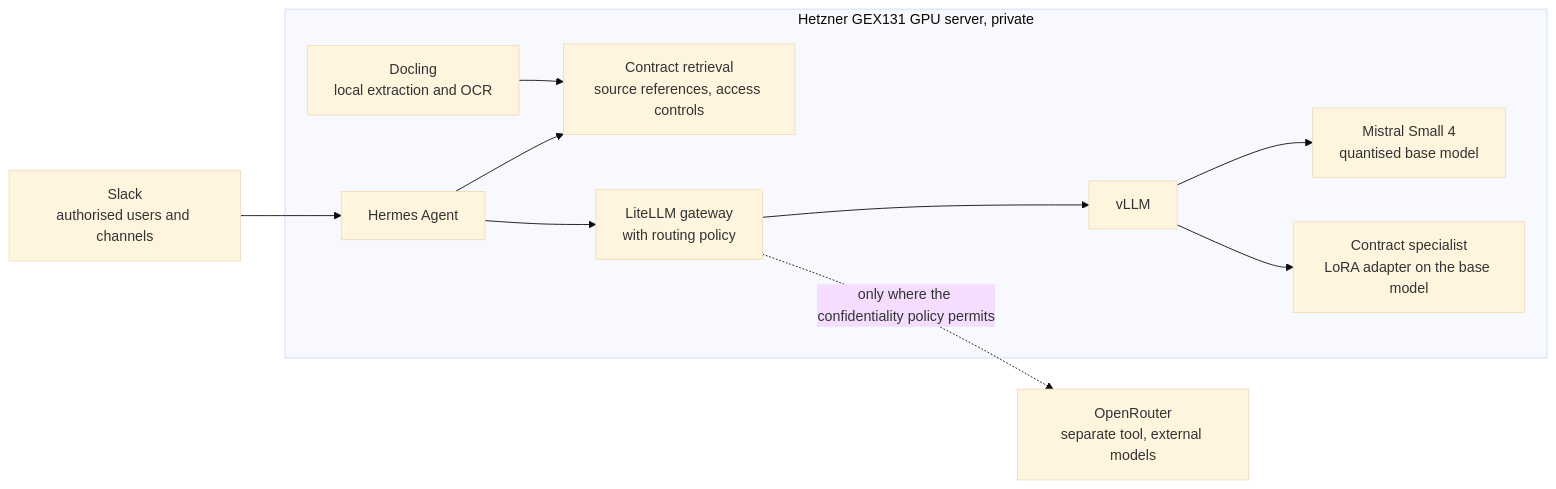
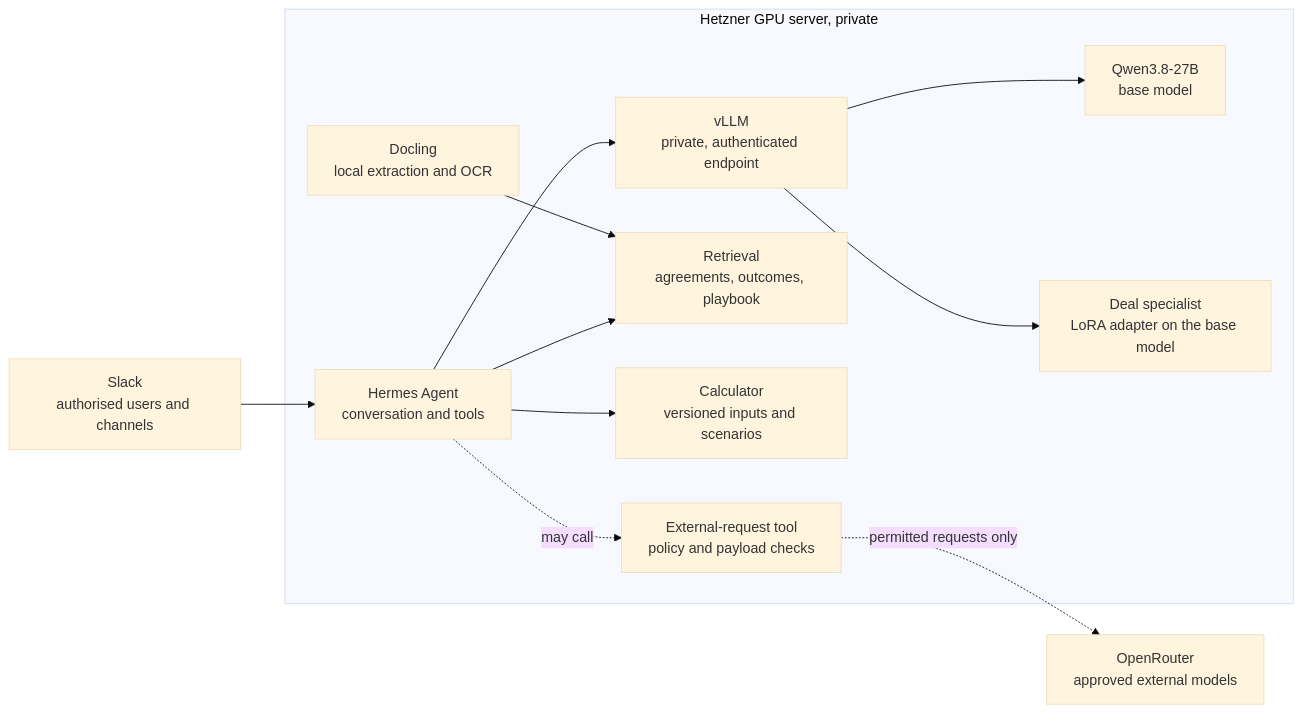
One commit to bendob27/contract-assistant changed the diagram in README.md. Above: the diagram before and after it, drawn with Mermaid (base theme). The commit also changed other lines of this file and 4 other files, not shown here.

First line of the commit message:
Document the deal-terms specialist on Qwen3.8-27B

````diff
--- a/README.md
+++ b/README.md
@@ -13,15 +13,16 @@
 ```mermaid
 flowchart LR
-    U["Slack<br/>authorised users and channels"] --> H["Hermes Agent"]
+    U["Slack<br/>authorised users and channels"] --> H["Hermes Agent<br/>conversation and tools"]
 
-    subgraph server["Hetzner GEX131 GPU server, private"]
-        H --> R["Contract retrieval<br/>source references, access controls"]
-        H --> G["LiteLLM gateway<br/>with routing policy"]
-        G --> V["vLLM"]
-        V --> M["Mistral Small 4<br/>quantised base model"]
-        V --> S["Contract specialist<br/>LoRA adapter on the base model"]
+    subgraph server["Hetzner GPU server, private"]
+        H --> V["vLLM<br/>private, authenticated endpoint"]
+        V --> M["Qwen3.8-27B<br/>base model"]
+        V --> S["Deal specialist<br/>LoRA adapter on the base model"]
+        H --> R["Retrieval<br/>agreements, outcomes, playbook"]
+        H --> C["Calculator<br/>versioned inputs and scenarios"]
         D["Docling<br/>local extraction and OCR"] --> R
+        H -. "may call" .-> X["External-request tool<br/>policy and payload checks"]
     end
 
-    G -. "only where the confidentiality policy permits" .-> O["OpenRouter<br/>separate tool, external models"]
+    X -. "permitted requests only" .-> O["OpenRouter<br/>approved external models"]
 ```
````
